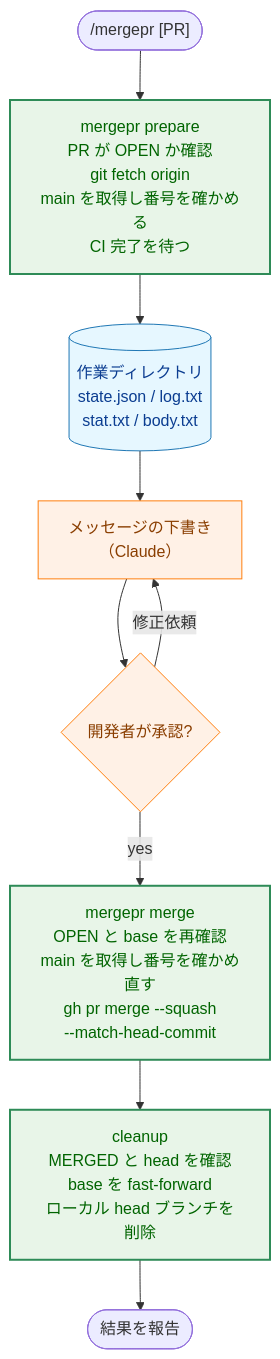
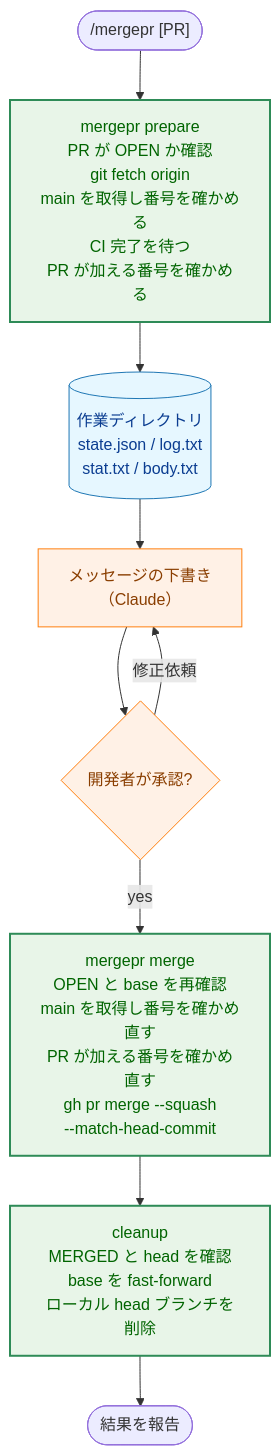
One commit to isseis/yt2column changed the diagram in docs/dev/guides/mergepr_guide.md. Above: the diagram before and after it, drawn with Mermaid. The commit also changed other lines of this file and 21 other files, not shown here.

````diff
--- a/docs/dev/guides/mergepr_guide.md
+++ b/docs/dev/guides/mergepr_guide.md
@@ -54,19 +54,19 @@
 ```mermaid
 flowchart TD
     classDef data fill:#e6f7ff,stroke:#1f77b4,stroke-width:1px,color:#0b3d91;
     classDef process fill:#fff1e6,stroke:#ff7f0e,stroke-width:1px,color:#8a3e00;
     classDef enhanced fill:#e8f5e8,stroke:#2e8b57,stroke-width:2px,color:#006400;
 
-    Start(["/mergepr [PR]"]) --> Prepare["mergepr prepare<br>PR が OPEN か確認<br>git fetch origin<br>main を取得し番号を確かめる<br>CI 完了を待つ"]
+    Start(["/mergepr [PR]"]) --> Prepare["mergepr prepare<br>PR が OPEN か確認<br>git fetch origin<br>main を取得し番号を確かめる<br>CI 完了を待つ<br>PR が加える番号を確かめる"]
     Prepare --> Files[("作業ディレクトリ<br>state.json / log.txt<br>stat.txt / body.txt")]
     Files --> Draft["メッセージの下書き<br>（Claude）"]
     Draft --> Approve{"開発者が承認?"}
     Approve -->|"修正依頼"| Draft
-    Approve -->|"yes"| Merge["mergepr merge<br>OPEN と base を再確認<br>main を取得し番号を確かめ直す<br>gh pr merge --squash<br>--match-head-commit"]
+    Approve -->|"yes"| Merge["mergepr merge<br>OPEN と base を再確認<br>main を取得し番号を確かめ直す<br>PR が加える番号を確かめ直す<br>gh pr merge --squash<br>--match-head-commit"]
     Merge --> Cleanup["cleanup<br>MERGED と head を確認<br>base を fast-forward<br>ローカル head ブランチを削除"]
     Cleanup --> End(["結果を報告"])
 
     class Files data
     class Draft,Approve process
     class Prepare,Merge,Cleanup enhanced
 ```
````
